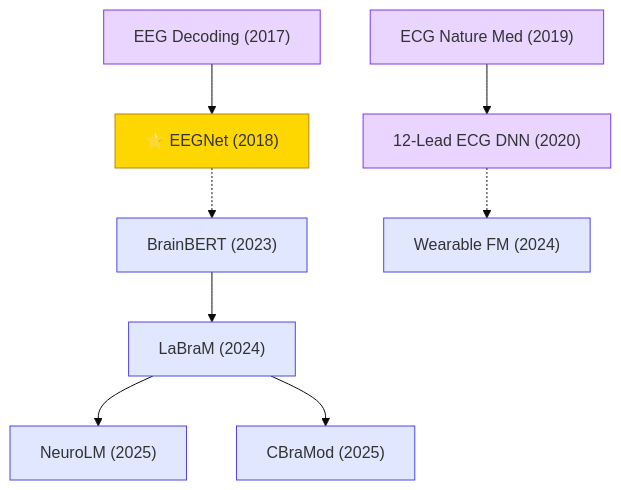
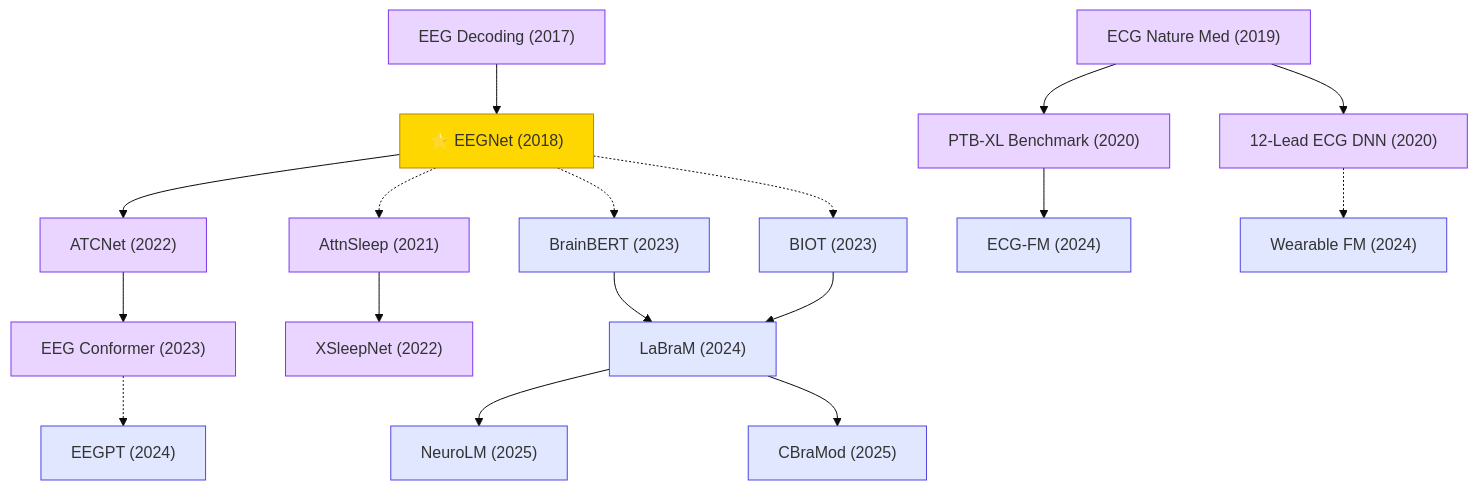
Before and after one commit to zerenzhou/Awesome-Machine-Learning-Papers: the diagram in domains/signal-processing/biomedical/README.md, drawn with Mermaid (base theme). The commit also changed other lines of this file and 5 other files, not shown here.

````diff
--- a/domains/signal-processing/biomedical/README.md
+++ b/domains/signal-processing/biomedical/README.md
@@ -7,14 +7,33 @@
 ```mermaid
 graph TD
     classDef bio fill:#E9D5FF,stroke:#7C3AED
     classDef fm fill:#E0E7FF,stroke:#4F46E5
     classDef star fill:#FFD700,stroke:#B8860B
 
     EEGDecode["EEG Decoding (2017)"]:::bio --> EEGNet["⭐ EEGNet (2018)"]:::star
-    ECG["ECG Nature Med (2019)"]:::bio --> ECG12Lead["12-Lead ECG DNN (2020)"]:::bio
+
+    %% EEG — Motor Imagery BCI
+    EEGNet --> ATCNet["ATCNet (2022)"]:::bio
+    ATCNet --> EEGConformer["EEG Conformer (2023)"]:::bio
+
+    %% EEG — Sleep Staging
+    EEGNet -.-> AttnSleep["AttnSleep (2021)"]:::bio
+    AttnSleep --> XSleepNet["XSleepNet (2022)"]:::bio
+
+    %% EEG — Foundation Models
     EEGNet -.-> BrainBERT["BrainBERT (2023)"]:::fm
+    EEGNet -.-> BIOT["BIOT (2023)"]:::fm
     BrainBERT --> LaBraM["LaBraM (2024)"]:::fm
+    BIOT --> LaBraM
+    EEGConformer -.-> EEGPT["EEGPT (2024)"]:::fm
     LaBraM --> NeuroLM["NeuroLM (2025)"]:::fm
     LaBraM --> CBraMod["CBraMod (2025)"]:::fm
+
+    %% ECG
+    ECG["ECG Nature Med (2019)"]:::bio --> ECG12Lead["12-Lead ECG DNN (2020)"]:::bio
+    ECG --> PTBXL["PTB-XL Benchmark (2020)"]:::bio
+    PTBXL --> ECGFM["ECG-FM (2024)"]:::fm
+
+    %% Wearable
     ECG12Lead -.-> WearableFM["Wearable FM (2024)"]:::fm
 ```
````
